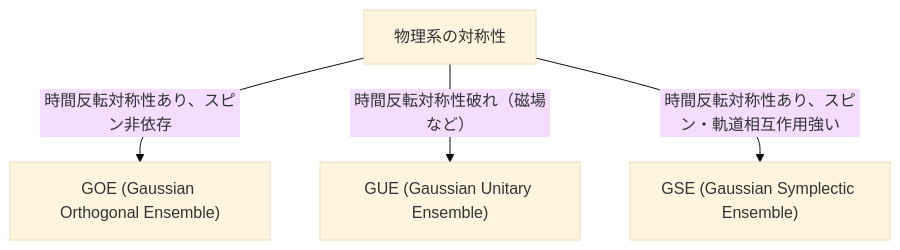
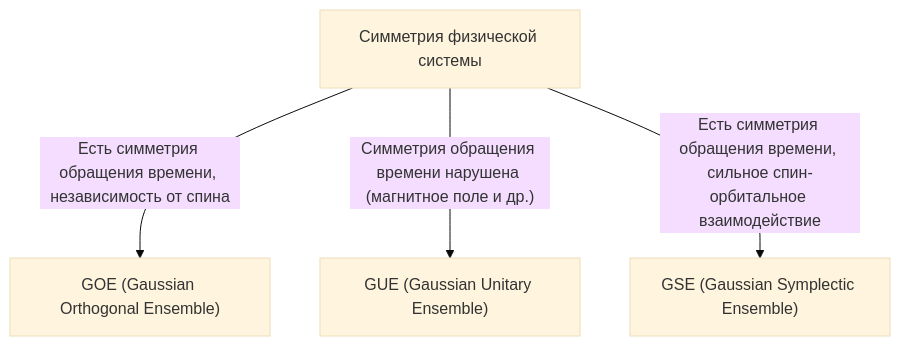
One commit to kenjinote/blog changed the diagram in content/post/random-matrix-theory/index.ru.md. Above: the diagram before and after it, drawn with Mermaid (base theme). The commit also changed other lines of this file and 11 other files, not shown here.

````diff
--- a/content/post/random-matrix-theory/index.ru.md
+++ b/content/post/random-matrix-theory/index.ru.md
@@ -43,6 +43,6 @@
 ```mermaid
 graph TD
-    A["物理系の対称性"] -- "時間反転対称性あり、スピン非依存" --> B["GOE (Gaussian Orthogonal Ensemble)"]
-    A -- "時間反転対称性破れ（磁場など）" --> C["GUE (Gaussian Unitary Ensemble)"]
-    A -- "時間反転対称性あり、スピン・軌道相互作用強い" --> D["GSE (Gaussian Symplectic Ensemble)"]
+    A["Симметрия физической системы"] -- "Есть симметрия обращения времени, независимость от спина" --> B["GOE (Gaussian Orthogonal Ensemble)"]
+    A -- "Симметрия обращения времени нарушена (магнитное поле и др.)" --> C["GUE (Gaussian Unitary Ensemble)"]
+    A -- "Есть симметрия обращения времени, сильное спин-орбитальное взаимодействие" --> D["GSE (Gaussian Symplectic Ensemble)"]
 ```
````
